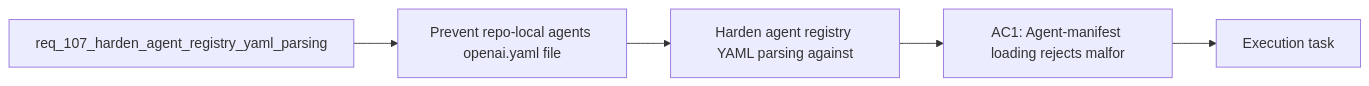
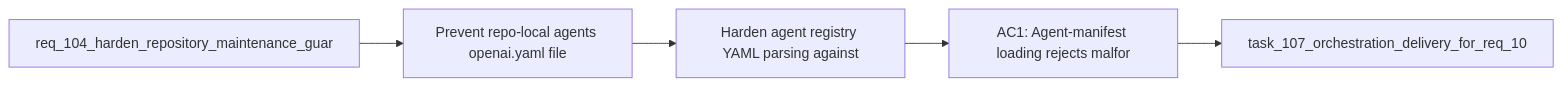
The diagram in logics/backlog/item_194_harden_agent_registry_yaml_parsing_against_malicious_skill_manifests.md (AlexAgo83/logics-manager), drawn with Mermaid before and after one commit. The commit also changed other lines of this file and 481 other files, not shown here.

````diff
--- a/logics/backlog/item_194_harden_agent_registry_yaml_parsing_against_malicious_skill_manifests.md
+++ b/logics/backlog/item_194_harden_agent_registry_yaml_parsing_against_malicious_skill_manifests.md
@@ -23,9 +23,9 @@
 ```mermaid
 %% logics-kind: backlog
 %% logics-signature: backlog|harden-agent-registry-yaml-parsing-again|req-104-harden-repository-maintenance-gu|prevent-repo-local-agents-openai-yaml-fi|ac1-agent-manifest-loading-rejects-malfo
 flowchart LR
-    Request[req_107_harden_agent_registry_yaml_parsing] --> Problem[Prevent repo-local agents openai.yaml file]
+    Request[req_104_harden_repository_maintenance_guar] --> Problem[Prevent repo-local agents openai.yaml file]
     Problem --> Scope[Harden agent registry YAML parsing against]
     Scope --> Acceptance[AC1: Agent-manifest loading rejects malfor]
-    Acceptance --> Tasks[Execution task]
+    Acceptance --> Tasks[task_107_orchestration_delivery_for_req_10]
 ```
````
